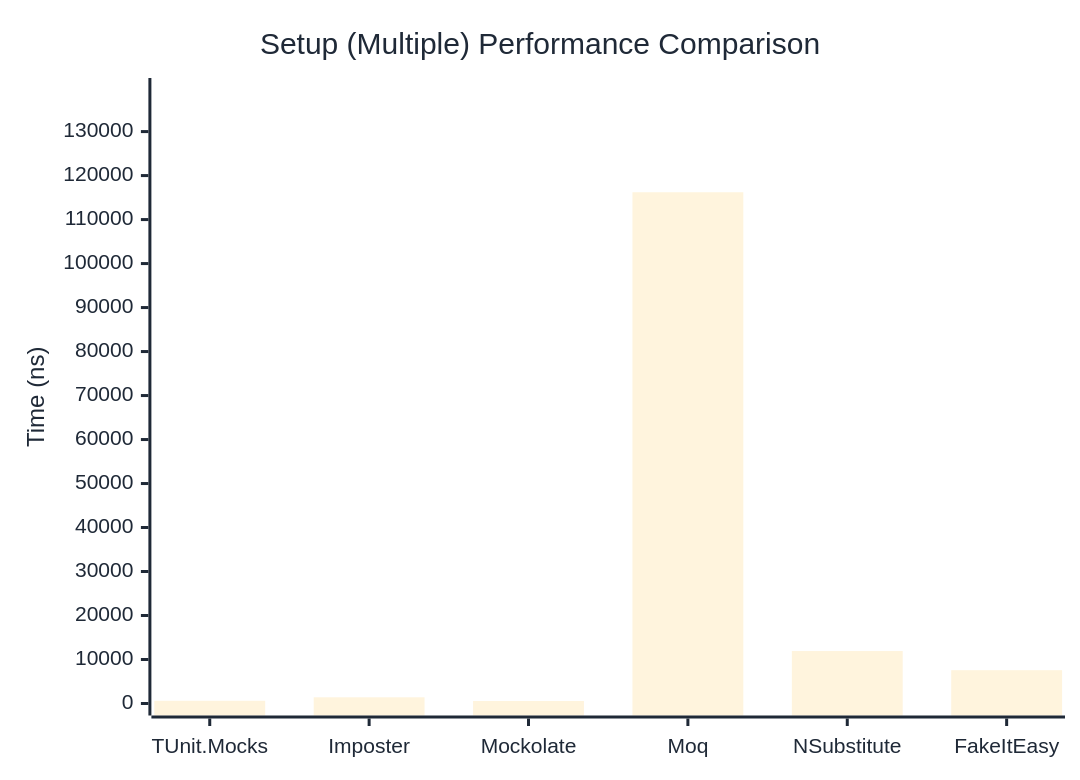
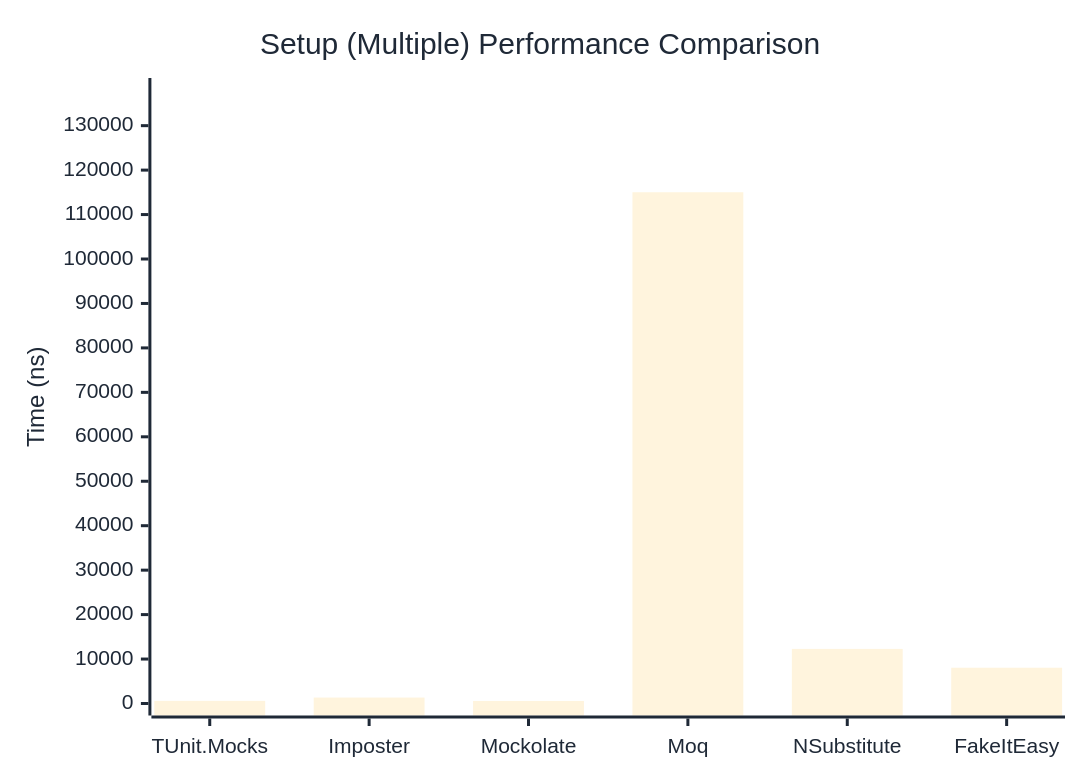
The second of 2 diagrams in docs/docs/benchmarks/mocks/Setup.md (thomhurst/TUnit), drawn with Mermaid before and after one commit. The commit also changed other lines of this file and 14 other files, not shown here.

````diff
--- a/docs/docs/benchmarks/mocks/Setup.md
+++ b/docs/docs/benchmarks/mocks/Setup.md
@@ -69,27 +69,27 @@
 ```mermaid
 %%{init: {
   'theme':'base',
   'themeVariables': {
     'primaryColor': '#2563eb',
     'primaryTextColor': '#1f2937',
     'primaryBorderColor': '#1e40af',
     'lineColor': '#6b7280',
     'secondaryColor': '#7c3aed',
     'tertiaryColor': '#dc2626',
     'background': '#ffffff',
     'pie1': '#2563eb',
     'pie2': '#7c3aed',
     'pie3': '#dc2626',
     'pie4': '#f59e0b',
     'pie5': '#10b981',
     'pie6': '#06b6d4',
     'pie7': '#ec4899',
     'pie8': '#6366f1'
   }
 }}%%
 xychart-beta
   title "Setup (Multiple) Performance Comparison"
   x-axis ["TUnit.Mocks", "Imposter", "Mockolate", "Moq", "NSubstitute", "FakeItEasy"]
-  y-axis "Time (ns)" 0 --> 139452
-  bar [613.3, 1408.6, 567.4, 116209.3, 11925.2, 7573.8]
+  y-axis "Time (ns)" 0 --> 138023
+  bar [590.3, 1336.5, 570.7, 115018.6, 12279.8, 8047.2]
 ```
````
